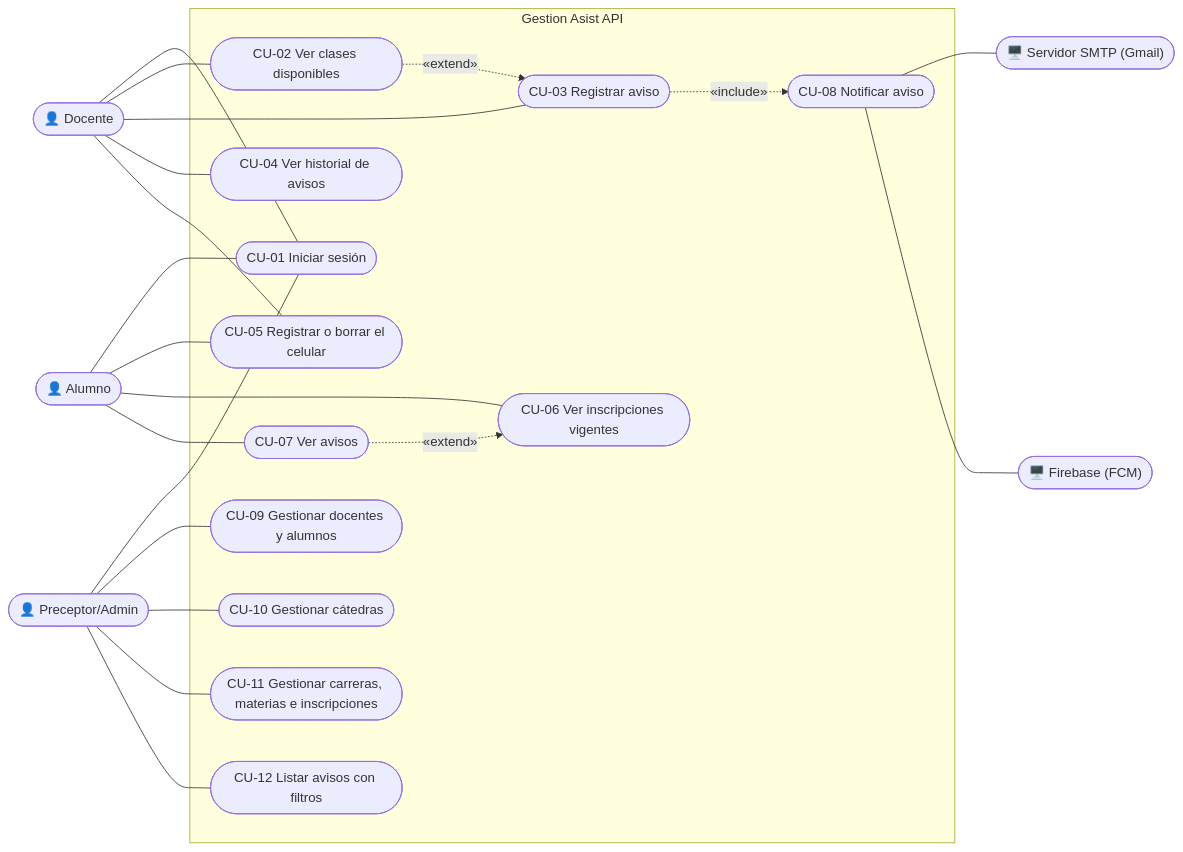
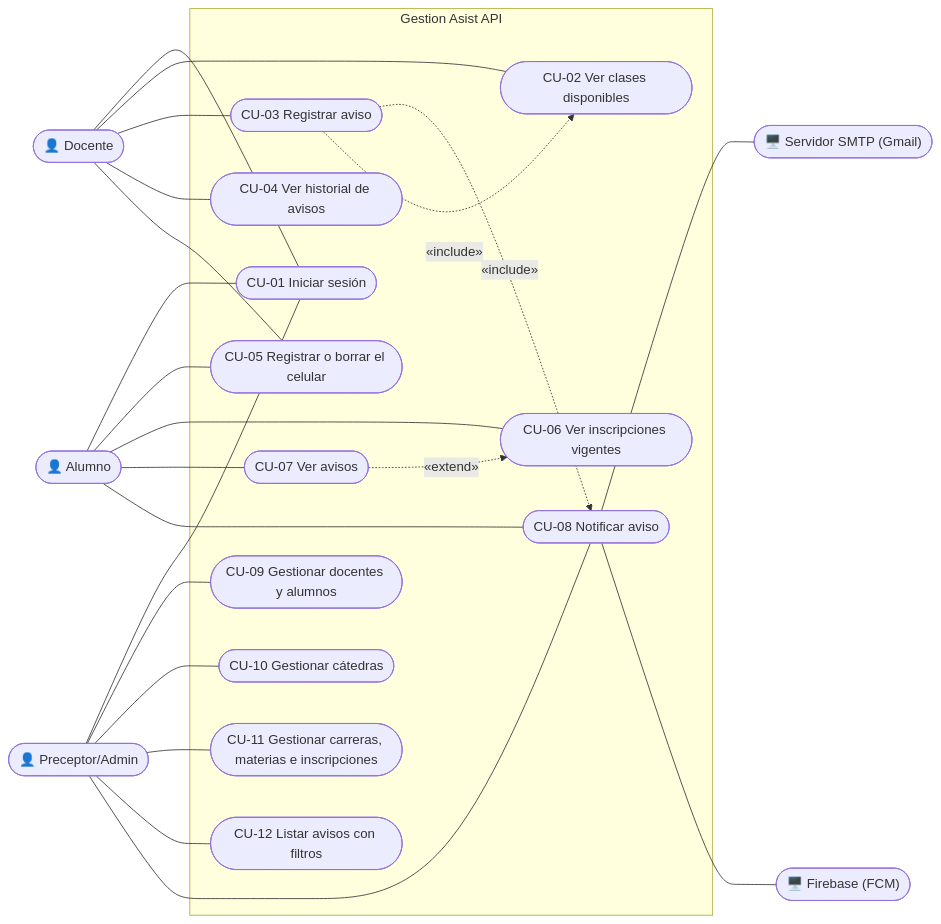
Before and after one commit to Andres-M1/Gestion-asistencia: the diagram in docs/casos-de-uso.md, drawn with Mermaid. The commit also changed other lines of this file, not shown here.

First line of the commit message:
Casos de uso: alumno y preceptor en CU-08, CU-03 incluye CU-02

````diff
--- a/docs/casos-de-uso.md
+++ b/docs/casos-de-uso.md
@@ -27,45 +27,47 @@
 ```mermaid
 flowchart LR
     docente(["👤 Docente"])
     alumno(["👤 Alumno"])
     admin(["👤 Preceptor/Admin"])
     smtp(["🖥️ Servidor SMTP (Gmail)"])
     fcm(["🖥️ Firebase (FCM)"])
 
     subgraph sistema["Gestion Asist API"]
         cu01(["CU-01 Iniciar sesión"])
         cu02(["CU-02 Ver clases disponibles"])
         cu03(["CU-03 Registrar aviso"])
         cu04(["CU-04 Ver historial de avisos"])
         cu05(["CU-05 Registrar o borrar el celular"])
         cu06(["CU-06 Ver inscripciones vigentes"])
         cu07(["CU-07 Ver avisos"])
         cu08(["CU-08 Notificar aviso"])
         cu09(["CU-09 Gestionar docentes y alumnos"])
         cu10(["CU-10 Gestionar cátedras"])
         cu11(["CU-11 Gestionar carreras, materias e inscripciones"])
         cu12(["CU-12 Listar avisos con filtros"])
     end
 
     docente --- cu01
     docente --- cu02
     docente --- cu03
     docente --- cu04
     docente --- cu05
     alumno --- cu01
     alumno --- cu05
     alumno --- cu06
     alumno --- cu07
     admin --- cu01
     admin --- cu09
     admin --- cu10
     admin --- cu11
     admin --- cu12
 
     cu03 -. "«include»" .-> cu08
-    cu02 -. "«extend»" .-> cu03
+    cu03 -. "«include»" .-> cu02
     cu07 -. "«extend»" .-> cu06
 
+    alumno --- cu08
+    admin --- cu08
     cu08 --- smtp
     cu08 --- fcm
 ```
````
